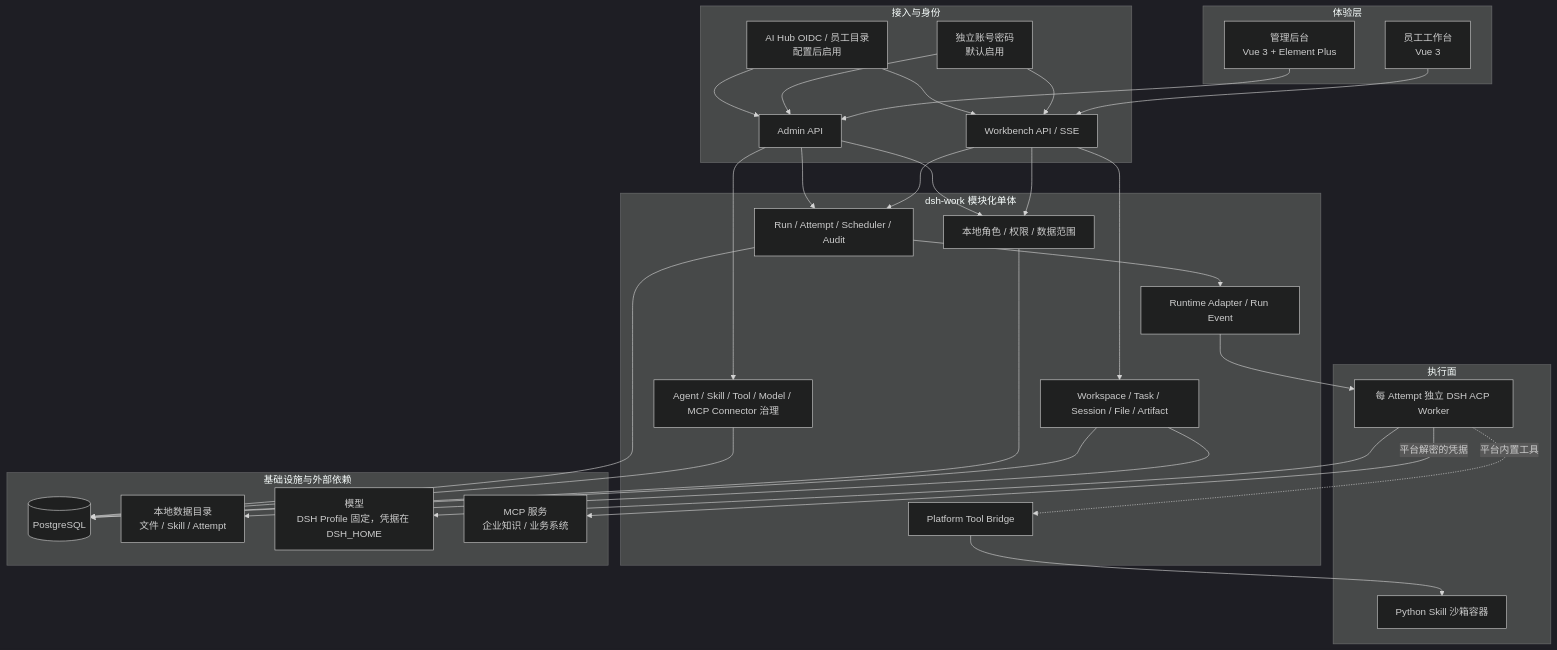
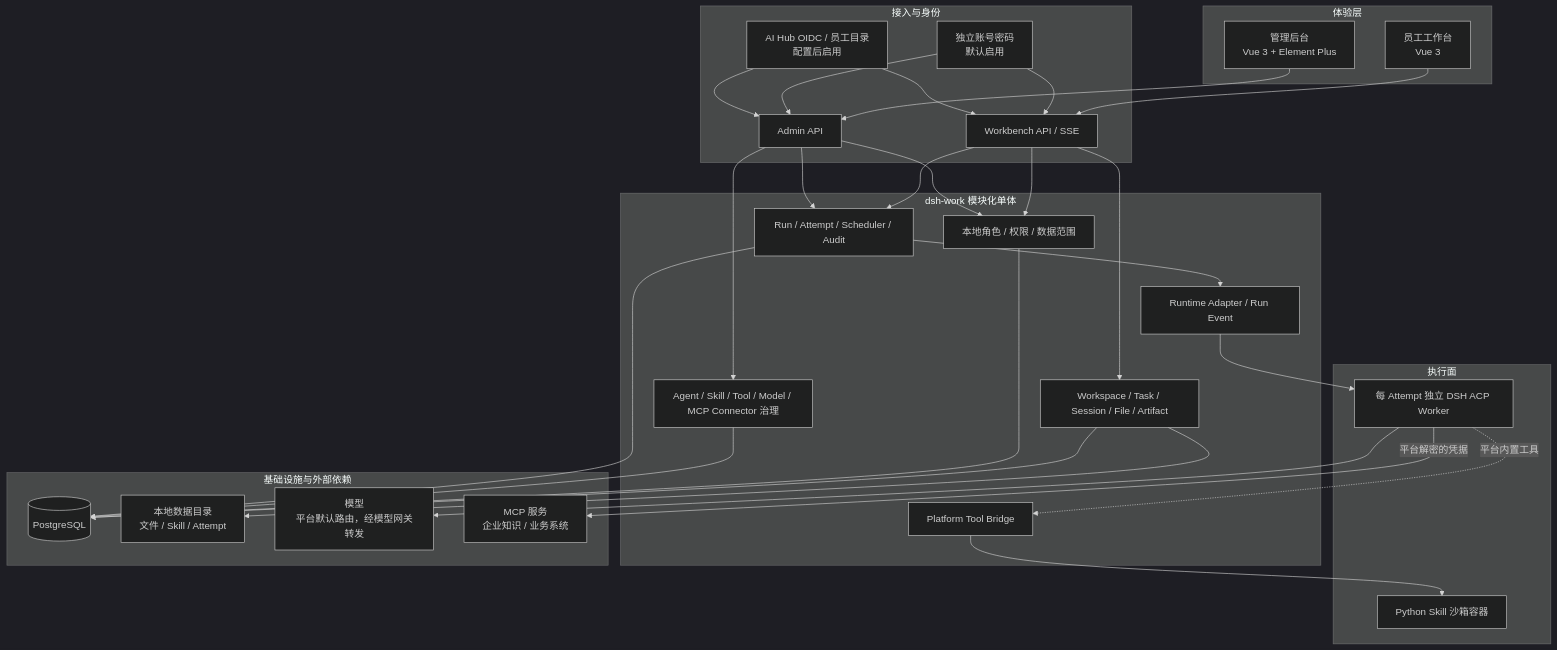
One commit to globalsinocode/dsh-work changed the first of 2 diagrams in docs/development/overview.md. Above: the diagram before and after it, drawn with Mermaid (dark theme). The commit also changed other lines of this file and 25 other files, not shown here.

````diff
--- a/docs/development/overview.md
+++ b/docs/development/overview.md
@@ -98,59 +98,59 @@
 ```mermaid
 flowchart TB
   subgraph Client[体验层]
     WB[员工工作台<br/>Vue 3]
     Admin[管理后台<br/>Vue 3 + Element Plus]
   end
 
   subgraph Access[接入与身份]
     WAPI[Workbench API / SSE]
     AAPI[Admin API]
     Local[独立账号密码<br/>默认启用]
     Auth[AI Hub OIDC / 员工目录<br/>配置后启用]
   end
 
   subgraph App[dsh-work 模块化单体]
     Workspace[Workspace / Task / Session / File / Artifact]
     Authorization[本地角色 / 权限 / 数据范围]
     Governance[Agent / Skill / Tool / Model / MCP Connector 治理]
     Orchestration[Run / Attempt / Scheduler / Audit]
     Runtime[Runtime Adapter / Run Event]
     Bridge[Platform Tool Bridge]
   end
 
   subgraph Execution[执行面]
     DSH[每 Attempt 独立 DSH ACP Worker]
     Sandbox[Python Skill 沙箱容器]
   end
 
   subgraph Dependencies[基础设施与外部依赖]
     PG[(PostgreSQL)]
     Storage[本地数据目录<br/>文件 / Skill / Attempt]
-    Models[模型<br/>DSH Profile 固定，凭据在 DSH_HOME]
+    Models[模型<br/>平台默认路由，经模型网关转发]
     MCP[MCP 服务<br/>企业知识 / 业务系统]
   end
 
   WB --> WAPI
   Admin --> AAPI
   Local --> WAPI
   Local --> AAPI
   Auth --> WAPI
   Auth --> AAPI
   WAPI --> Authorization
   AAPI --> Authorization
   WAPI --> Workspace
   WAPI --> Orchestration
   AAPI --> Governance
   AAPI --> Orchestration
   Workspace --> PG
   Workspace --> Storage
   Authorization --> PG
   Governance --> PG
   Orchestration --> PG
   Orchestration --> Runtime
   Runtime --> DSH
   DSH --> Models
   DSH -->|平台解密的凭据| MCP
   DSH -.->|平台内置工具| Bridge
   Bridge --> Sandbox
 ```
````
